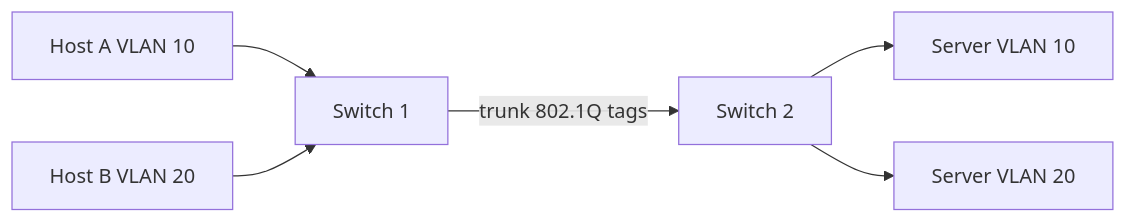
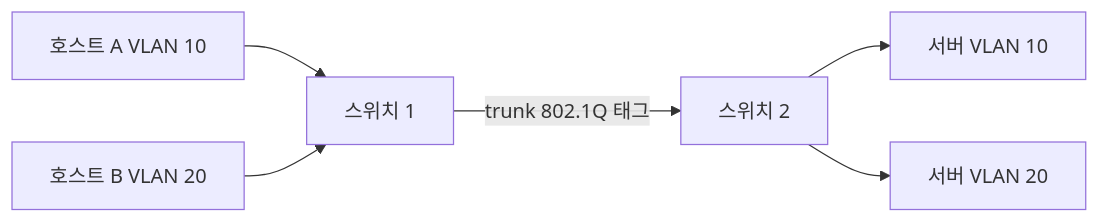
One commit to mandoobox/mandoobox.github.io changed the ninth of 39 diagrams in _posts/cs-note/2026-02-27-network.md. Above: the diagram before and after it, drawn with Mermaid. The commit also changed other lines of this file and 18 other files, not shown here.

````diff
--- a/_posts/cs-note/2026-02-27-network.md
+++ b/_posts/cs-note/2026-02-27-network.md
@@ -250,8 +250,8 @@
 ```mermaid
 flowchart LR
-  H1[Host A VLAN 10] --> SW1[Switch 1]
-  H2[Host B VLAN 20] --> SW1
-  SW1 -- trunk 802.1Q tags --> SW2[Switch 2]
-  SW2 --> S1[Server VLAN 10]
-  SW2 --> S2[Server VLAN 20]
+  H1[호스트 A VLAN 10] --> SW1[스위치 1]
+  H2[호스트 B VLAN 20] --> SW1
+  SW1 -- trunk 802.1Q 태그 --> SW2[스위치 2]
+  SW2 --> S1[서버 VLAN 10]
+  SW2 --> S2[서버 VLAN 20]
 ```
````
